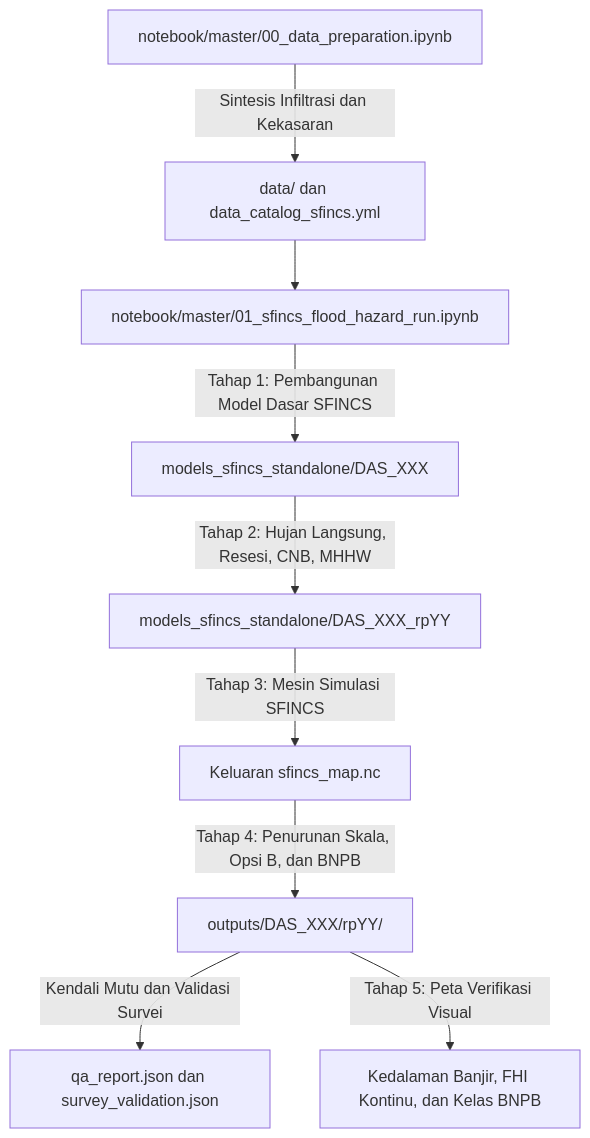
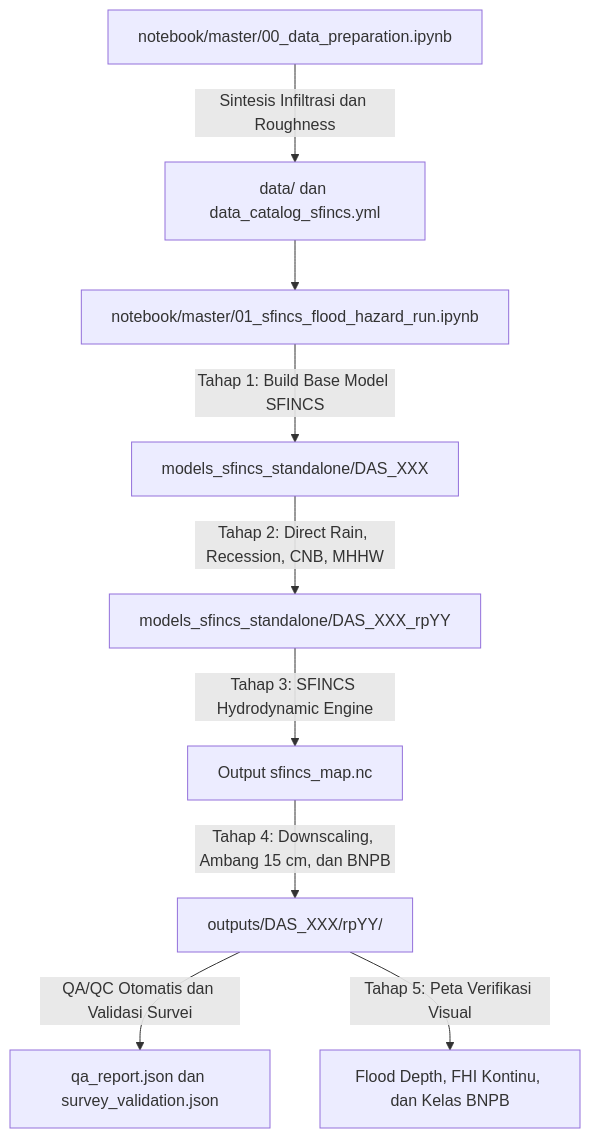
The diagram in docs/id/TUTORIAL.md (abednb/sumbar_flood_hazard), drawn with Mermaid before and after one commit. The commit also changed other lines of this file and 6 other files, not shown here.

Commit message:
Keep standard English GIS/hydrodynamic technical terms in Bahasa Indonesia docs and master notebooks

````diff
--- a/docs/id/TUTORIAL.md
+++ b/docs/id/TUTORIAL.md
@@ -11,11 +11,11 @@
 ```mermaid
 graph TD
-    A["notebook/master/00_data_preparation.ipynb"] -->|"Sintesis Infiltrasi dan Kekasaran"| B["data/ dan data_catalog_sfincs.yml"]
+    A["notebook/master/00_data_preparation.ipynb"] -->|"Sintesis Infiltrasi dan Roughness"| B["data/ dan data_catalog_sfincs.yml"]
     B --> C["notebook/master/01_sfincs_flood_hazard_run.ipynb"]
-    C -->|"Tahap 1: Pembangunan Model Dasar SFINCS"| D["models_sfincs_standalone/DAS_XXX"]
-    D -->|"Tahap 2: Hujan Langsung, Resesi, CNB, MHHW"| E["models_sfincs_standalone/DAS_XXX_rpYY"]
-    E -->|"Tahap 3: Mesin Simulasi SFINCS"| F["Keluaran sfincs_map.nc"]
-    F -->|"Tahap 4: Penurunan Skala, Opsi B, dan BNPB"| G["outputs/DAS_XXX/rpYY/"]
-    G -->|"Kendali Mutu dan Validasi Survei"| H["qa_report.json dan survey_validation.json"]
-    G -->|"Tahap 5: Peta Verifikasi Visual"| I["Kedalaman Banjir, FHI Kontinu, dan Kelas BNPB"]
+    C -->|"Tahap 1: Build Base Model SFINCS"| D["models_sfincs_standalone/DAS_XXX"]
+    D -->|"Tahap 2: Direct Rain, Recession, CNB, MHHW"| E["models_sfincs_standalone/DAS_XXX_rpYY"]
+    E -->|"Tahap 3: SFINCS Hydrodynamic Engine"| F["Output sfincs_map.nc"]
+    F -->|"Tahap 4: Downscaling, Ambang 15 cm, dan BNPB"| G["outputs/DAS_XXX/rpYY/"]
+    G -->|"QA/QC Otomatis dan Validasi Survei"| H["qa_report.json dan survey_validation.json"]
+    G -->|"Tahap 5: Peta Verifikasi Visual"| I["Flood Depth, FHI Kontinu, dan Kelas BNPB"]
 ```
````
